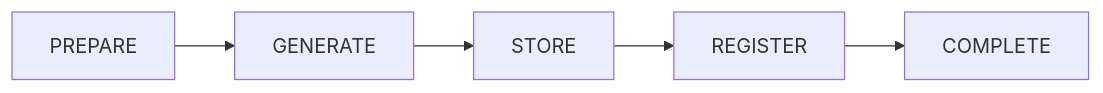
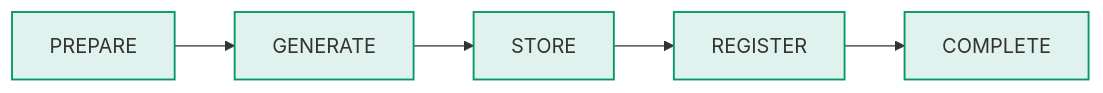
The tenth of 23 diagrams in docs/architecture/system-flow-overview.md (pinpols/file-batch-system), drawn with Mermaid before and after one commit. The commit also changed other lines of this file and 34 other files, not shown here.

First line of the commit message:
docs(diagram): 完成 P3 Mermaid 图样式收口并补充制图规范 (#1390)

````diff
--- a/docs/architecture/system-flow-overview.md
+++ b/docs/architecture/system-flow-overview.md
@@ -370,5 +393,7 @@
 ```mermaid
 %%{init: {"flowchart":{"curve":"linear","nodeSpacing":32,"rankSpacing":48},"sequence":{"mirrorActors":false}}}%%
 flowchart LR
-  A["PREPARE"] --> B["GENERATE"] --> C["STORE"] --> D["REGISTER"] --> E["COMPLETE"]
+  A["PREPARE"]:::worker --> B["GENERATE"]:::worker --> C["STORE"]:::worker --> D["REGISTER"]:::worker --> E["COMPLETE"]:::worker
+
+  classDef worker fill:#0596691f,stroke:#059669,stroke-width:1.5px
 ```
````
